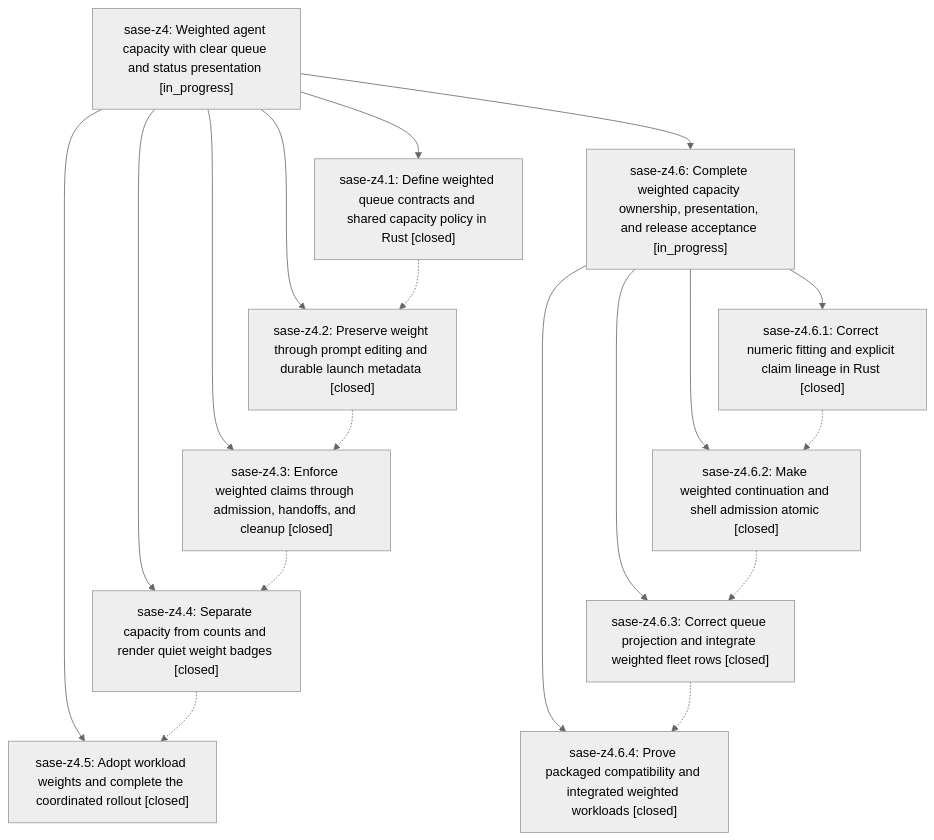
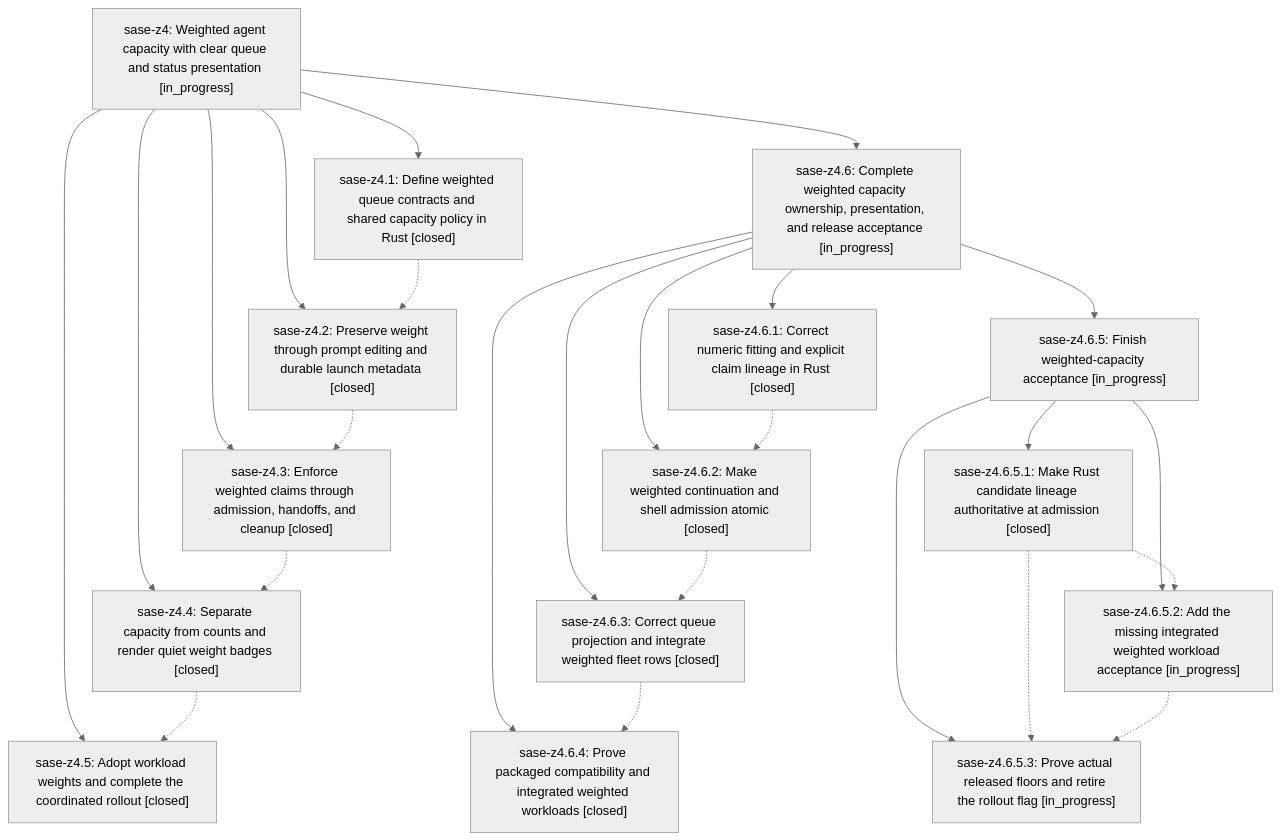
The diagram in pages/sase-z4/README.md (sase-org/sase--beads), drawn with Mermaid (neutral theme) before and after one commit. The commit also changed other lines of this file and 5 other files, not shown here.

````diff
--- a/pages/sase-z4/README.md
+++ b/pages/sase-z4/README.md
@@ -45,31 +45,42 @@
 ```mermaid
 flowchart TD
     n0["sase-z4: Weighted agent capacity with clear queue and status presentation [in_progress]"]
     n1["sase-z4.1: Define weighted queue contracts and shared capacity policy in Rust [closed]"]
     n2["sase-z4.2: Preserve weight through prompt editing and durable launch metadata [closed]"]
     n3["sase-z4.3: Enforce weighted claims through admission, handoffs, and cleanup [closed]"]
     n4["sase-z4.4: Separate capacity from counts and render quiet weight badges [closed]"]
     n5["sase-z4.5: Adopt workload weights and complete the coordinated rollout [closed]"]
     n6["sase-z4.6: Complete weighted capacity ownership, presentation, and release acceptance [in_progress]"]
     n7["sase-z4.6.1: Correct numeric fitting and explicit claim lineage in Rust [closed]"]
     n8["sase-z4.6.2: Make weighted continuation and shell admission atomic [closed]"]
     n9["sase-z4.6.3: Correct queue projection and integrate weighted fleet rows [closed]"]
     n10["sase-z4.6.4: Prove packaged compatibility and integrated weighted workloads [closed]"]
+    n11["sase-z4.6.5: Finish weighted-capacity acceptance [in_progress]"]
+    n12["sase-z4.6.5.1: Make Rust candidate lineage authoritative at admission [closed]"]
+    n13["sase-z4.6.5.2: Add the missing integrated weighted workload acceptance [in_progress]"]
+    n14["sase-z4.6.5.3: Prove actual released floors and retire the rollout flag [in_progress]"]
     n0 --> n1
     n0 --> n2
     n0 --> n3
     n0 --> n4
     n0 --> n5
     n0 --> n6
     n6 --> n7
     n6 --> n8
     n6 --> n9
     n6 --> n10
+    n6 --> n11
+    n11 --> n12
+    n11 --> n13
+    n11 --> n14
     n1 -.-> n2
     n2 -.-> n3
     n3 -.-> n4
     n4 -.-> n5
     n7 -.-> n8
     n8 -.-> n9
     n9 -.-> n10
+    n12 -.-> n13
+    n12 -.-> n14
+    n13 -.-> n14
 ```
````
